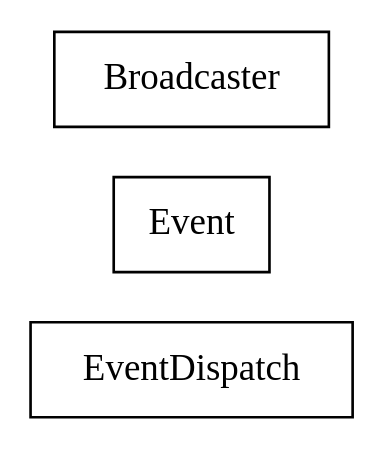
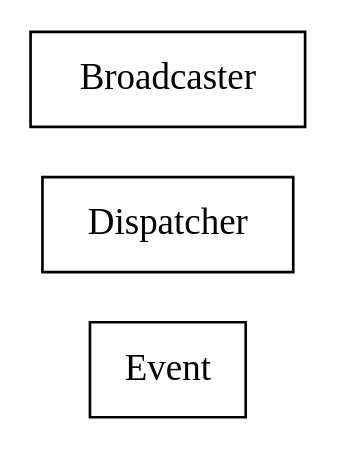
Before and after one commit to sekati/sasapi: the diagram in docs/com/sekati/events/classes.dot, drawn with Graphviz. The commit also changed 60 other files, not shown here.

```diff
--- a/docs/com/sekati/events/classes.dot
+++ b/docs/com/sekati/events/classes.dot
@@ -1,21 +1,21 @@
 strict digraph class_diagram {
   rankdir=LR;
-  TypeEventDispatch[
-    label="EventDispatch",
-    URL="EventDispatch.html",
-    tooltip="com.sekati.events.EventDispatch",
-    shape="record"
-  ];
   TypeEvent[
     label="Event",
     URL="Event.html",
     tooltip="com.sekati.events.Event",
+    shape="record"
+  ];
+  TypeDispatcher[
+    label="Dispatcher",
+    URL="Dispatcher.html",
+    tooltip="com.sekati.events.Dispatcher",
     shape="record"
   ];
   TypeBroadcaster[
     label="Broadcaster",
     URL="Broadcaster.html",
     tooltip="com.sekati.events.Broadcaster",
     shape="record"
   ];
 }
```
